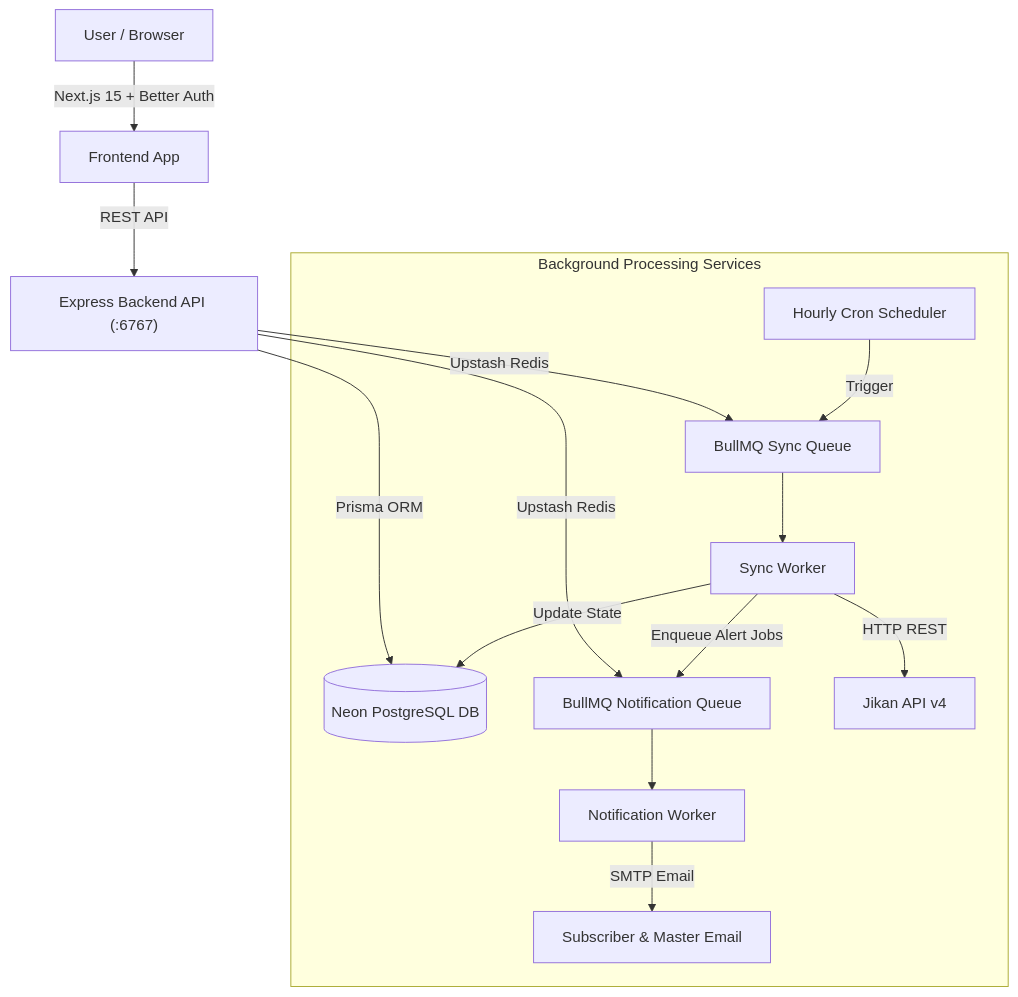
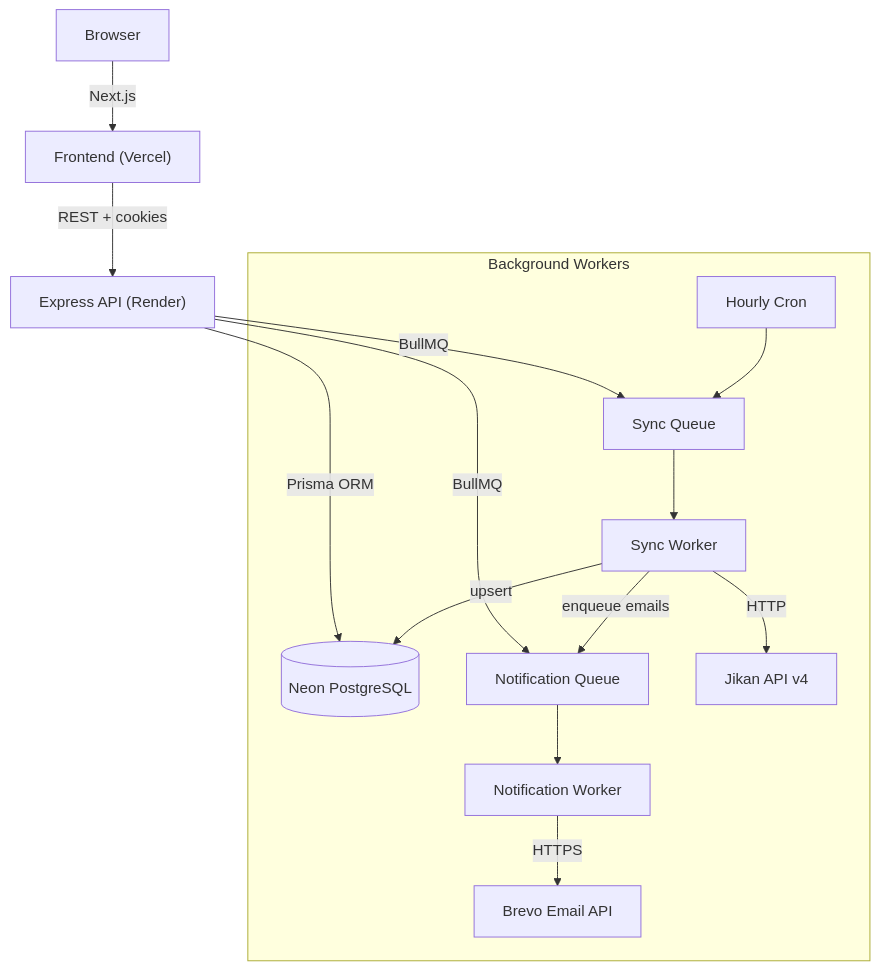
One commit to vector15-05/Tsuchi changed the diagram in README.md. Above: the diagram before and after it, drawn with Mermaid. The commit also changed other lines of this file, not shown here.

````diff
--- a/README.md
+++ b/README.md
@@ -54,18 +41,18 @@
 ```mermaid
 graph TD
-    User["User / Browser"] -->|Next.js 15 + Better Auth| ClientApp["Frontend App"]
-    ClientApp -->|REST API| Backend["Express Backend API (:6767)"]
-    Backend -->|Prisma ORM| Postgres[("Neon PostgreSQL DB")]
-    Backend -->|Upstash Redis| SyncQueue["BullMQ Sync Queue"]
-    Backend -->|Upstash Redis| NotificationQueue["BullMQ Notification Queue"]
+    User["Browser"] -->|Next.js| FE["Frontend (Vercel)"]
+    FE -->|REST + cookies| API["Express API (Render)"]
+    API -->|Prisma ORM| DB[("Neon PostgreSQL")]
+    API -->|BullMQ| SQ["Sync Queue"]
+    API -->|BullMQ| NQ["Notification Queue"]
 
-    subgraph BackgroundServices ["Background Processing Services"]
-        Cron["Hourly Cron Scheduler"] -->|Trigger| SyncQueue
-        SyncQueue --> SyncWorker["Sync Worker"]
-        SyncWorker -->|HTTP REST| JikanAPI["Jikan API v4"]
-        SyncWorker -->|Update State| Postgres
-        SyncWorker -->|Enqueue Alert Jobs| NotificationQueue
-        NotificationQueue --> NotificationWorker["Notification Worker"]
-        NotificationWorker -->|SMTP Email| EmailService["Subscriber & Master Email"]
+    subgraph Background Workers
+        Cron["Hourly Cron"] --> SQ
+        SQ --> SW["Sync Worker"]
+        SW -->|HTTP| Jikan["Jikan API v4"]
+        SW -->|upsert| DB
+        SW -->|enqueue emails| NQ
+        NQ --> NW["Notification Worker"]
+        NW -->|HTTPS| Brevo["Brevo Email API"]
     end
 ```
````
